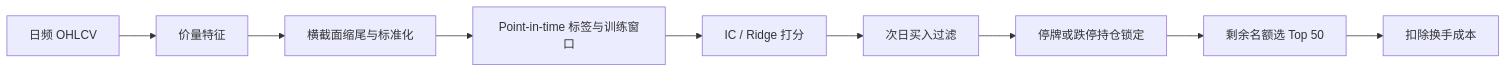
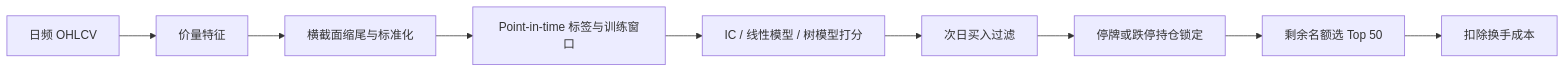
Before and after one commit to RaymondJu/quant_training: the diagram in README.md, drawn with Mermaid. The commit also changed other lines of this file and 23 other files, not shown here.

````diff
--- a/README.md
+++ b/README.md
@@ -66,11 +101,11 @@
 ```mermaid
 flowchart LR
     A["日频 OHLCV"] --> B["价量特征"]
     B --> C["横截面缩尾与标准化"]
     C --> D["Point-in-time 标签与训练窗口"]
-    D --> E["IC / Ridge 打分"]
+    D --> E["IC / 线性模型 / 树模型打分"]
     E --> F["次日买入过滤"]
     F --> G["停牌或跌停持仓锁定"]
     G --> H["剩余名额选 Top 50"]
     H --> I["扣除换手成本"]
 ```
````
